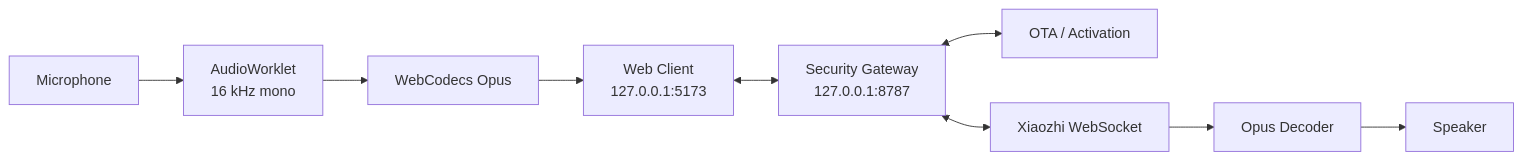
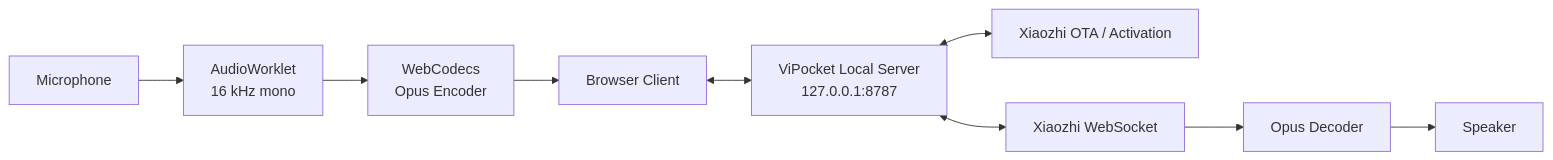
The first of 2 diagrams in README.md (Base27-CVNSS/ViPocket-Xiaozhi), drawn with Mermaid before and after one commit. The commit also changed other lines of this file, not shown here.

````diff
--- a/README.md
+++ b/README.md
@@ -60,11 +65,11 @@
 ```mermaid
 flowchart LR
     MIC[Microphone] --> AW[AudioWorklet\n16 kHz mono]
-    AW --> OPUS[WebCodecs Opus]
-    OPUS --> WEB[Web Client\n127.0.0.1:5173]
-    WEB <--> GW[Security Gateway\n127.0.0.1:8787]
-    GW <--> OTA[OTA / Activation]
-    GW <--> WS[Xiaozhi WebSocket]
-    WS --> OPUS2[Opus Decoder]
-    OPUS2 --> SPK[Speaker]
+    AW --> ENC[WebCodecs\nOpus Encoder]
+    ENC --> WEB[Browser Client]
+    WEB <--> LOCAL[ViPocket Local Server\n127.0.0.1:8787]
+    LOCAL <--> OTA[Xiaozhi OTA / Activation]
+    LOCAL <--> XWS[Xiaozhi WebSocket]
+    XWS --> DEC[Opus Decoder]
+    DEC --> SPK[Speaker]
 ```
````
